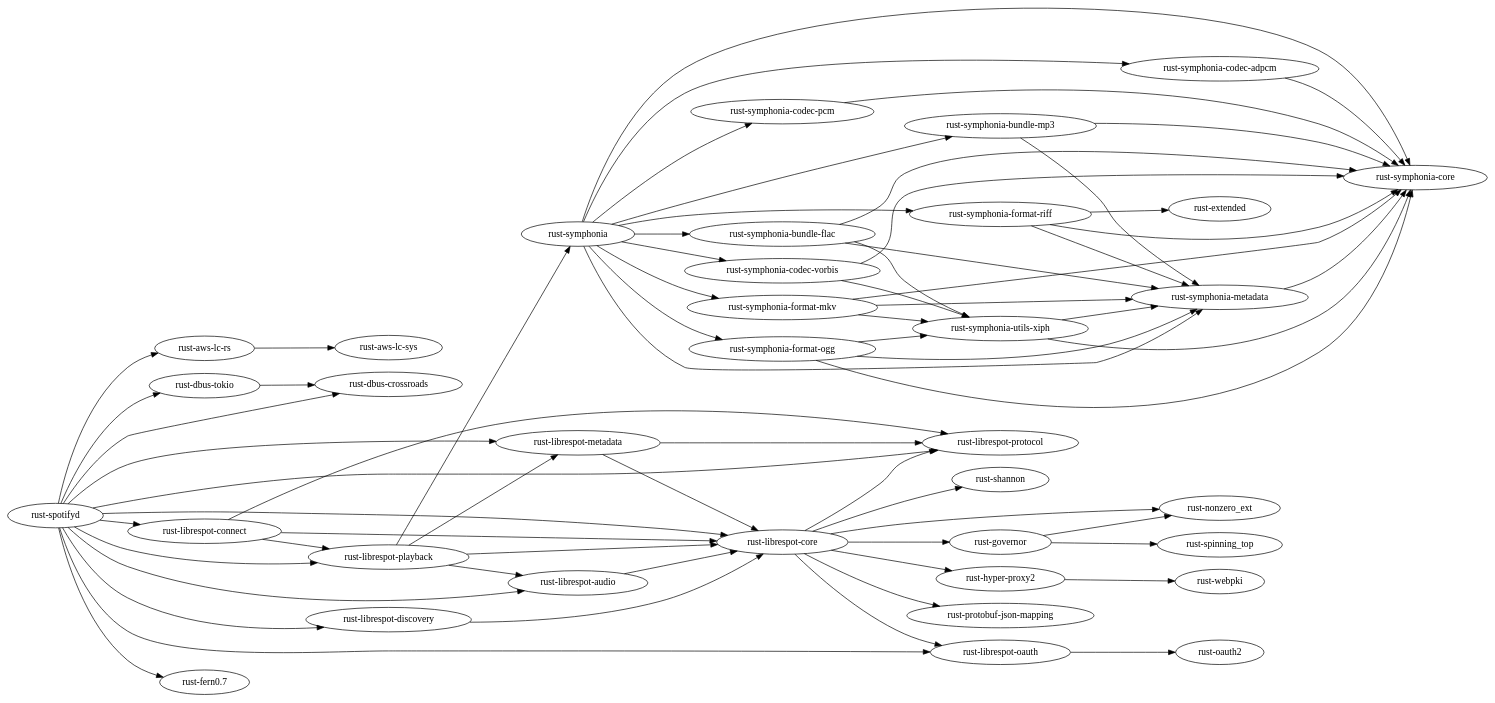
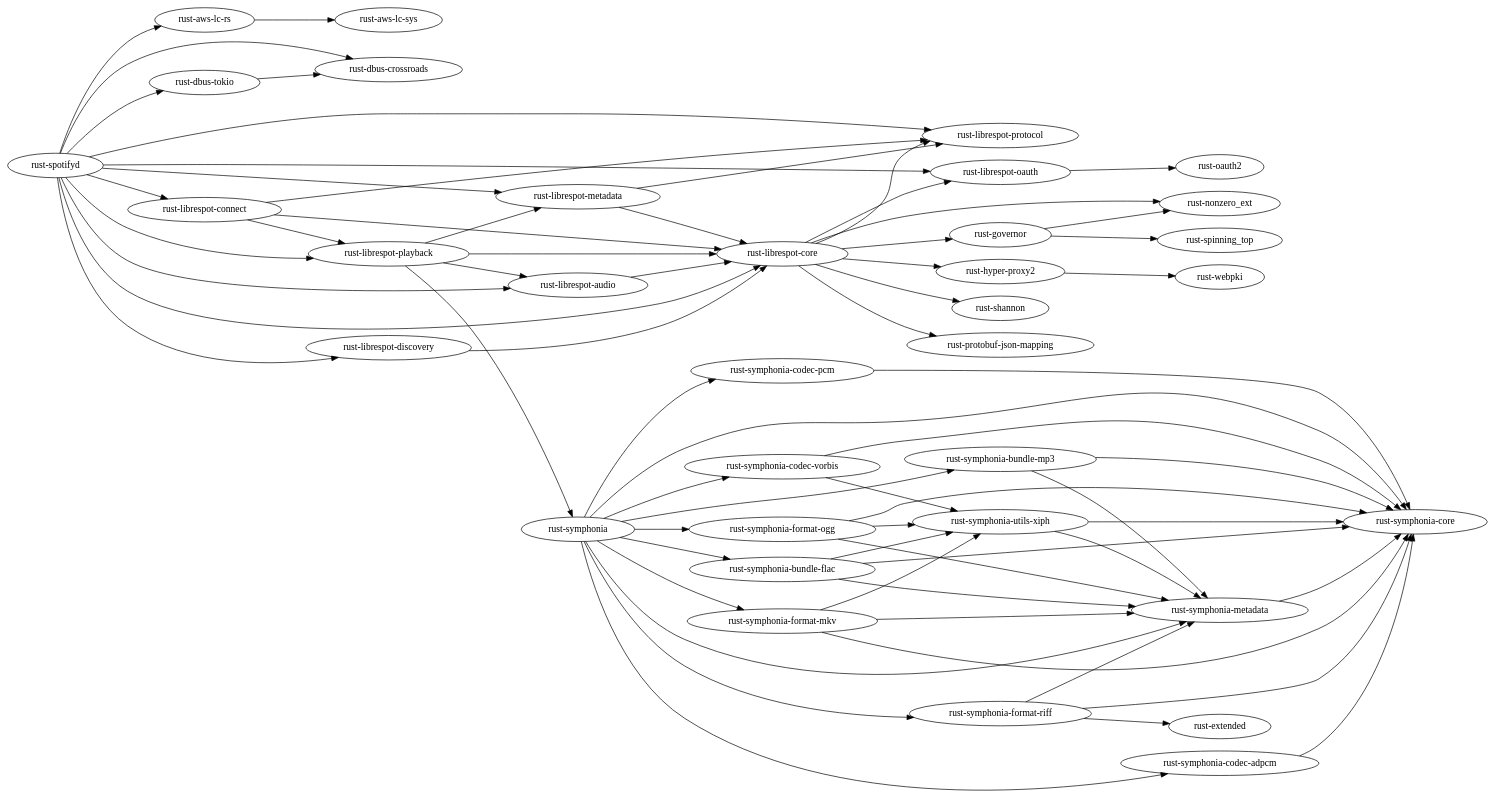
Before and after one commit to mbooth101/spotifyd-rpm: the diagram in package_tree.dot, drawn with Graphviz. The commit also changed 4 other files, not shown here.

First line of the commit message:
Remove rust-fern package

```diff
--- a/package_tree.dot
+++ b/package_tree.dot
@@ -1,70 +1,69 @@
 digraph deps {
 rankdir="LR";
 "rust-aws-lc-rs" -> "rust-aws-lc-sys";
 "rust-dbus-tokio" -> "rust-dbus-crossroads";
 "rust-governor" -> "rust-nonzero_ext";
 "rust-governor" -> "rust-spinning_top";
 "rust-hyper-proxy2" -> "rust-webpki";
 "rust-librespot-audio" -> "rust-librespot-core";
 "rust-librespot-core" -> "rust-governor";
 "rust-librespot-core" -> "rust-hyper-proxy2";
 "rust-librespot-core" -> "rust-librespot-oauth";
 "rust-librespot-core" -> "rust-librespot-protocol";
 "rust-librespot-core" -> "rust-nonzero_ext";
 "rust-librespot-core" -> "rust-protobuf-json-mapping";
 "rust-librespot-core" -> "rust-shannon";
 "rust-librespot-connect" -> "rust-librespot-core";
 "rust-librespot-connect" -> "rust-librespot-playback";
 "rust-librespot-connect" -> "rust-librespot-protocol";
 "rust-librespot-playback" -> "rust-librespot-audio";
 "rust-librespot-playback" -> "rust-librespot-core";
 "rust-librespot-playback" -> "rust-librespot-metadata";
 "rust-librespot-playback" -> "rust-symphonia";
 "rust-librespot-oauth" -> "rust-oauth2";
 "rust-librespot-discovery" -> "rust-librespot-core";
 "rust-librespot-metadata" -> "rust-librespot-core";
 "rust-librespot-metadata" -> "rust-librespot-protocol";
 "rust-symphonia" -> "rust-symphonia-bundle-flac";
 "rust-symphonia" -> "rust-symphonia-bundle-mp3";
 "rust-symphonia" -> "rust-symphonia-codec-adpcm";
 "rust-symphonia" -> "rust-symphonia-codec-pcm";
 "rust-symphonia" -> "rust-symphonia-codec-vorbis";
 "rust-symphonia" -> "rust-symphonia-core";
 "rust-symphonia" -> "rust-symphonia-format-mkv";
 "rust-symphonia" -> "rust-symphonia-format-ogg";
 "rust-symphonia" -> "rust-symphonia-format-riff";
 "rust-symphonia" -> "rust-symphonia-metadata";
 "rust-spotifyd" -> "rust-aws-lc-rs";
 "rust-spotifyd" -> "rust-dbus-crossroads";
 "rust-spotifyd" -> "rust-dbus-tokio";
-"rust-spotifyd" -> "rust-fern0.7";
 "rust-spotifyd" -> "rust-librespot-audio";
 "rust-spotifyd" -> "rust-librespot-connect";
 "rust-spotifyd" -> "rust-librespot-core";
 "rust-spotifyd" -> "rust-librespot-discovery";
 "rust-spotifyd" -> "rust-librespot-metadata";
 "rust-spotifyd" -> "rust-librespot-oauth";
 "rust-spotifyd" -> "rust-librespot-playback";
 "rust-spotifyd" -> "rust-librespot-protocol";
 "rust-symphonia-bundle-flac" -> "rust-symphonia-core";
 "rust-symphonia-bundle-flac" -> "rust-symphonia-metadata";
 "rust-symphonia-bundle-flac" -> "rust-symphonia-utils-xiph";
 "rust-symphonia-bundle-mp3" -> "rust-symphonia-core";
 "rust-symphonia-bundle-mp3" -> "rust-symphonia-metadata";
 "rust-symphonia-codec-adpcm" -> "rust-symphonia-core";
 "rust-symphonia-codec-pcm" -> "rust-symphonia-core";
 "rust-symphonia-codec-vorbis" -> "rust-symphonia-core";
 "rust-symphonia-codec-vorbis" -> "rust-symphonia-utils-xiph";
 "rust-symphonia-format-mkv" -> "rust-symphonia-core";
 "rust-symphonia-format-mkv" -> "rust-symphonia-metadata";
 "rust-symphonia-format-mkv" -> "rust-symphonia-utils-xiph";
 "rust-symphonia-format-ogg" -> "rust-symphonia-core";
 "rust-symphonia-format-ogg" -> "rust-symphonia-metadata";
 "rust-symphonia-format-ogg" -> "rust-symphonia-utils-xiph";
 "rust-symphonia-format-riff" -> "rust-extended";
 "rust-symphonia-format-riff" -> "rust-symphonia-core";
 "rust-symphonia-format-riff" -> "rust-symphonia-metadata";
 "rust-symphonia-metadata" -> "rust-symphonia-core";
 "rust-symphonia-utils-xiph" -> "rust-symphonia-core";
 "rust-symphonia-utils-xiph" -> "rust-symphonia-metadata";
 }
```
